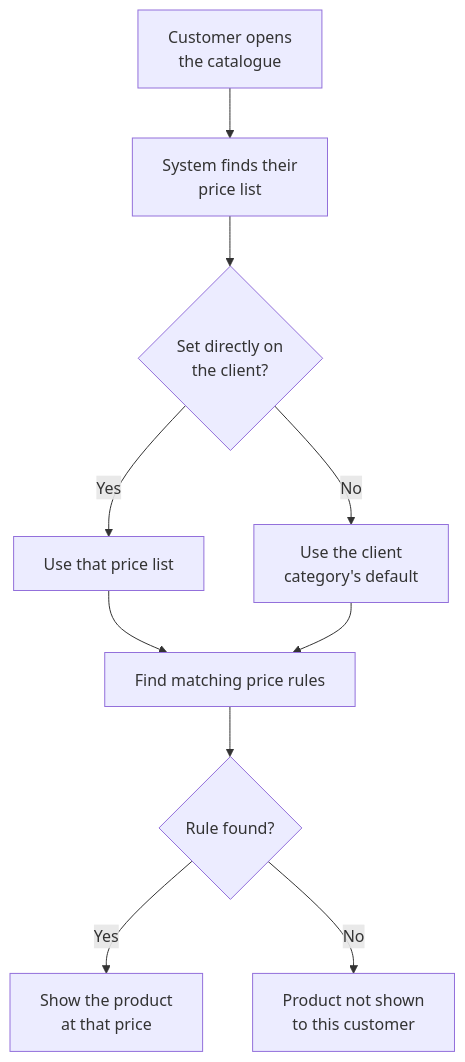
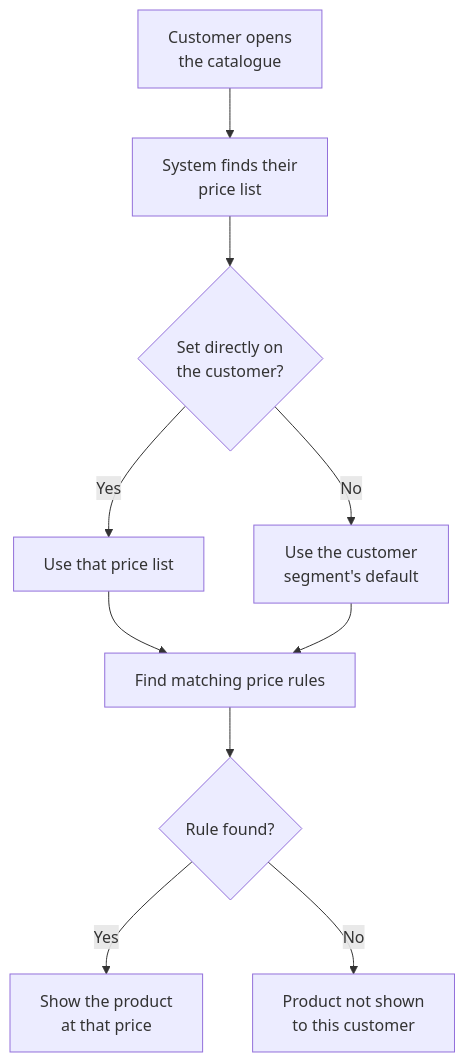
Before and after one commit to LaplaceSoftware/lp_projects_docs: the second of 2 diagrams in docs/b2b_ecommerce_docs/_user_guide/012-Account-Manager-Portal-Pricing.md, drawn with Mermaid. The commit also changed other lines of this file and 48 other files, not shown here.

````diff
--- a/docs/b2b_ecommerce_docs/_user_guide/012-Account-Manager-Portal-Pricing.md
+++ b/docs/b2b_ecommerce_docs/_user_guide/012-Account-Manager-Portal-Pricing.md
@@ -115,12 +100,12 @@
 ```mermaid
 flowchart TB
     A["Customer opens<br/>the catalogue"] --> B["System finds their<br/>price list"]
-    B --> C{"Set directly on<br/>the client?"}
+    B --> C{"Set directly on<br/>the customer?"}
     C -->|Yes| D["Use that price list"]
-    C -->|No| E["Use the client<br/>category's default"]
+    C -->|No| E["Use the customer<br/>segment's default"]
     D --> F["Find matching price rules"]
     E --> F
     F --> G{"Rule found?"}
     G -->|Yes| H["Show the product<br/>at that price"]
     G -->|No| I["Product not shown<br/>to this customer"]
 ```
````
